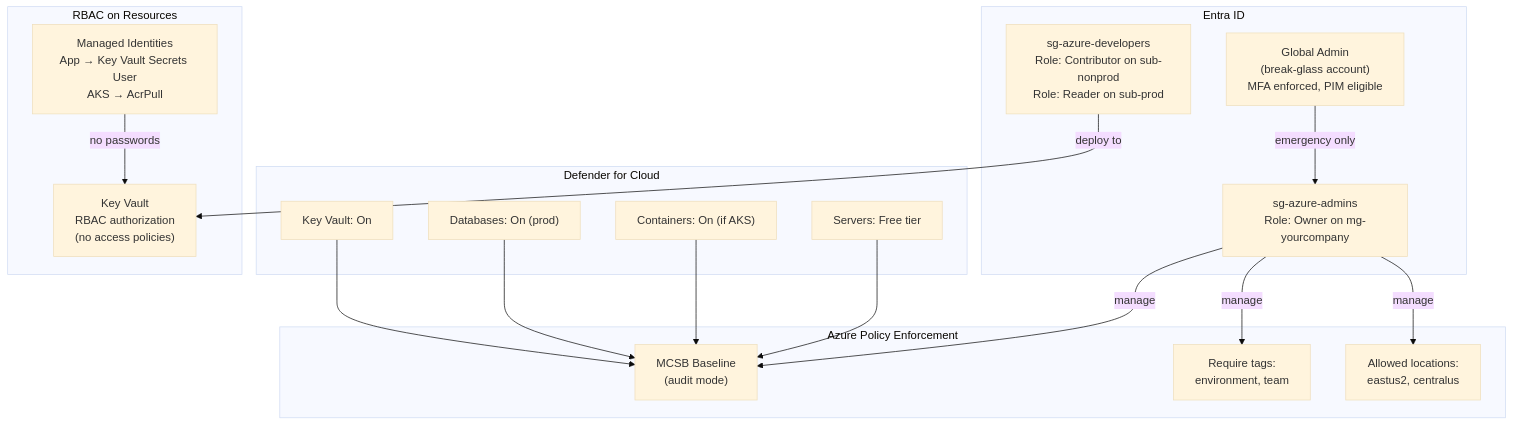
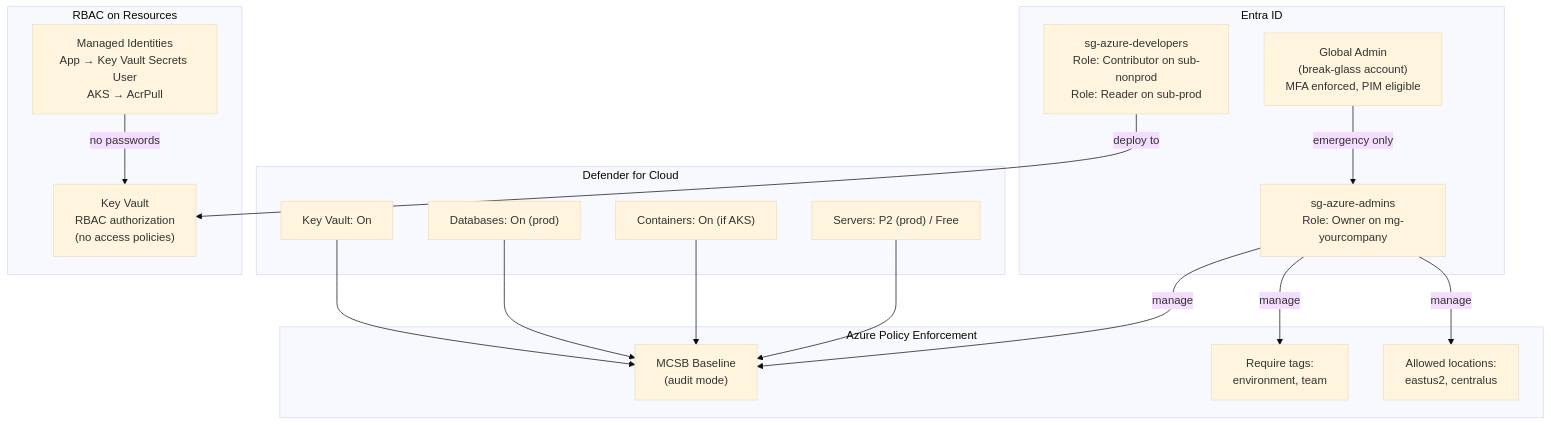
One commit to ricmmartins/sslz changed the fourth of 4 diagrams in diagrams/architecture.md. Above: the diagram before and after it, drawn with Mermaid (base theme). The commit also changed 15 other files, not shown here.

````diff
--- a/diagrams/architecture.md
+++ b/diagrams/architecture.md
@@ -102,37 +102,37 @@
 ```mermaid
 graph TB
     subgraph "Entra ID"
         ga["Global Admin<br/>(break-glass account)<br/>MFA enforced, PIM eligible"]
         sg_admins["sg-azure-admins<br/>Role: Owner on mg-yourcompany"]
         sg_devs["sg-azure-developers<br/>Role: Contributor on sub-nonprod<br/>Role: Reader on sub-prod"]
     end
 
     subgraph "Azure Policy Enforcement"
         mcsb["MCSB Baseline<br/>(audit mode)"]
         tag_policy["Require tags:<br/>environment, team"]
         loc_policy["Allowed locations:<br/>eastus2, centralus"]
     end
 
     subgraph "Defender for Cloud"
-        defender_servers["Servers: Free tier"]
+        defender_servers["Servers: P2 (prod) / Free"]
         defender_containers["Containers: On (if AKS)"]
         defender_db["Databases: On (prod)"]
         defender_kv["Key Vault: On"]
     end
 
     subgraph "RBAC on Resources"
         kv_rbac["Key Vault<br/>RBAC authorization<br/>(no access policies)"]
         mi["Managed Identities<br/>App → Key Vault Secrets User<br/>AKS → AcrPull"]
     end
 
     ga -->|"emergency only"| sg_admins
     sg_admins -->|"manage"| mcsb
     sg_admins -->|"manage"| tag_policy
     sg_admins -->|"manage"| loc_policy
     sg_devs -->|"deploy to"| kv_rbac
     mi -->|"no passwords"| kv_rbac
     defender_servers --> mcsb
     defender_containers --> mcsb
     defender_db --> mcsb
     defender_kv --> mcsb
 ```
````
